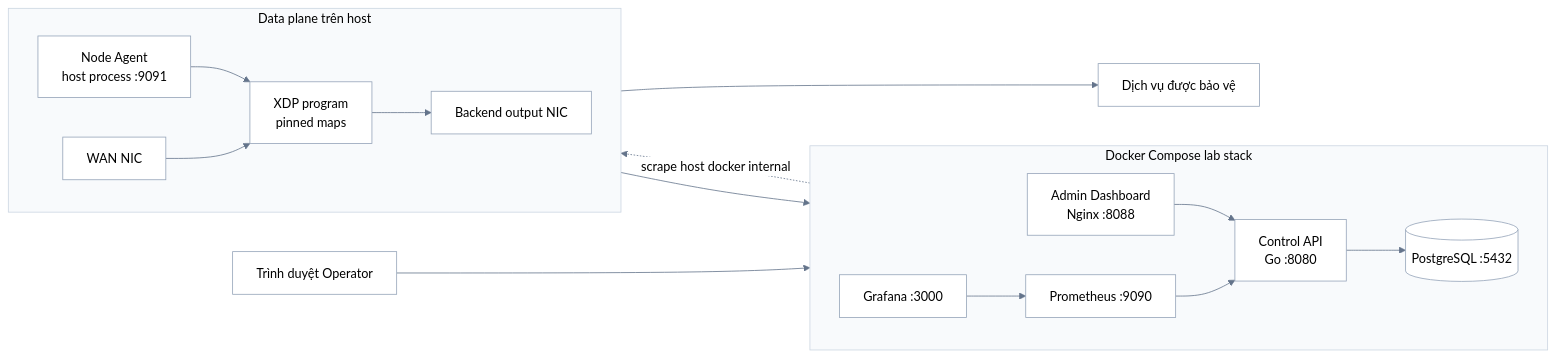
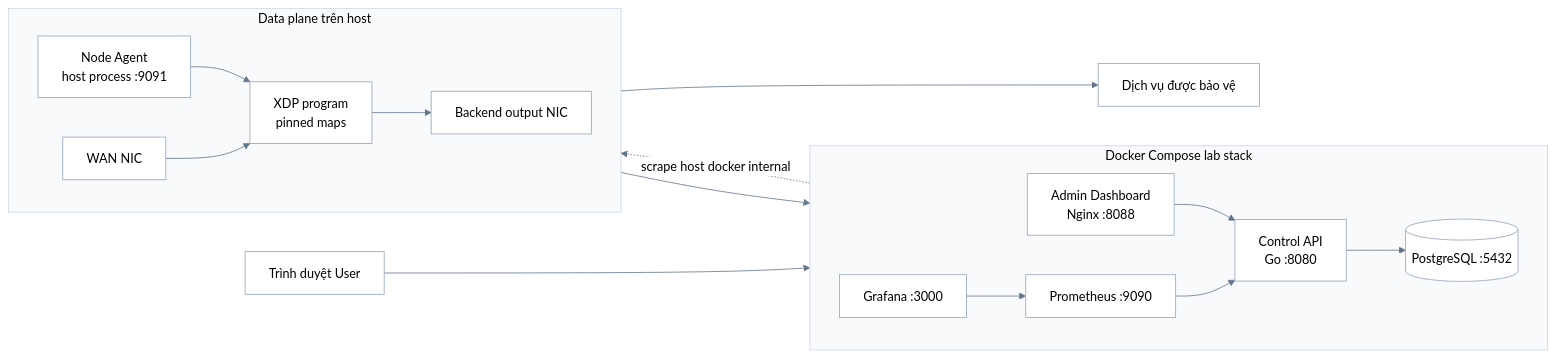
Before and after one commit to ken9xkyo/anti-ddos: the diagram in docs/diagrams/system-architecture/lab-deployment-flow.mmd, drawn with Mermaid. The commit also changed 55 other files, not shown here.

```diff
--- a/docs/diagrams/system-architecture/lab-deployment-flow.mmd
+++ b/docs/diagrams/system-architecture/lab-deployment-flow.mmd
@@ -1,34 +1,34 @@
 %%{init: {'theme':'base','themeVariables': {'primaryColor':'#f8fafc','primaryTextColor':'#000000','primaryBorderColor':'#94a3b8','lineColor':'#64748b','secondaryColor':'#e0f2fe','tertiaryColor':'#fef3c7','background':'#ffffff','mainBkg':'#ffffff','nodeBorder':'#94a3b8','clusterBkg':'#f8fafc','clusterBorder':'#cbd5e1','titleColor':'#000000','edgeLabelBackground':'#ffffff','textColor':'#000000','nodeTextColor':'#000000','labelTextColor':'#000000'}}}%%
 flowchart LR
-    browser[Trình duyệt Operator]
+    browser[Trình duyệt User]
 
     subgraph compose["Docker Compose lab stack"]
         direction LR
         dashboard[Admin Dashboard<br/>Nginx :8088]
         api[Control API<br/>Go :8080]
         db[(PostgreSQL :5432)]
         prometheus[Prometheus :9090]
         grafana[Grafana :3000]
     end
 
     subgraph host["Data plane trên host"]
         direction LR
         agent[Node Agent<br/>host process :9091]
         xdp[XDP program<br/>pinned maps]
         wan[WAN NIC]
         output[Backend output NIC]
     end
 
     service[Dịch vụ được bảo vệ]
 
     browser --> dashboard
     dashboard --> api
     api --> db
     grafana --> prometheus
     prometheus --> api
     prometheus -. scrape host docker internal .-> agent
     agent --> api
     agent --> xdp
     wan --> xdp
     xdp --> output
     output --> service
```
